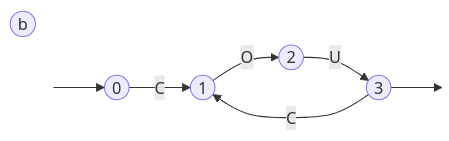
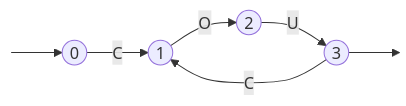
One commit to avivi55/automates-finies changed the third of 5 diagrams in README.md. Above: the diagram before and after it, drawn with Mermaid. The commit also changed other lines of this file, not shown here.

````diff
--- a/README.md
+++ b/README.md
@@ -39,10 +74,22 @@
 ```mermaid
 graph LR
-a((b))
+    0((0)) 
+    1((1))
+    2((2))
+    3((3))
 
-    START[ ] --> 0((0)) --C--> 1((1)) --O--> 2((2)) --U--> 3((3)) --> STOP[ ]
+    START[ ] --> 0
+    3 --> STOP[ ]
+
+
+
+    0 --C--> 1
+    1 --O--> 2
+    2 --U--> 3
     3 --C--> 1
+
+
 
     style START height:0px;
     style STOP  height:0px; 
 ```
````
